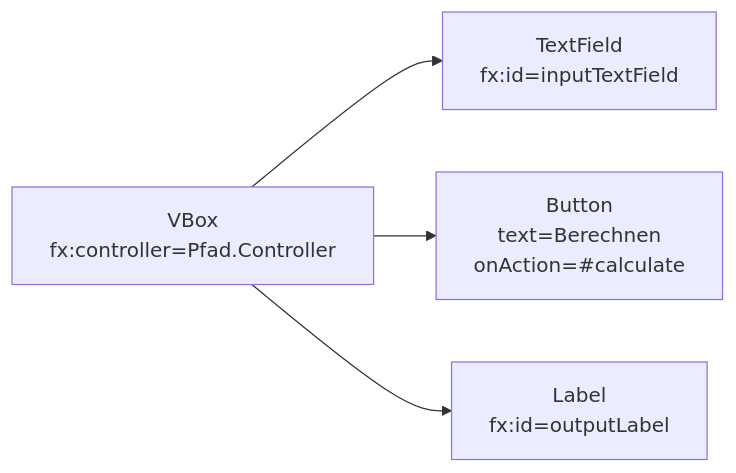
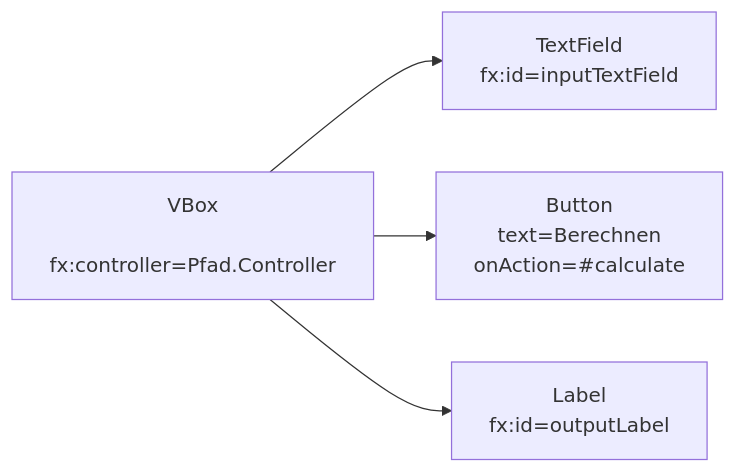
Before and after one commit to jappuccini/java-docs: the second of 2 diagrams in docs/exercises/javafx/javafx05.md, drawn with Mermaid. The commit also changed 64 other files, not shown here.

````diff
--- a/docs/exercises/javafx/javafx05.md
+++ b/docs/exercises/javafx/javafx05.md
@@ -53,11 +53,16 @@
 ```mermaid
 flowchart LR
-	vbox[VBox\nfx:controller=Pfad.Controller]
-	textfield[TextField\nfx:id=inputTextField]
-	button[Button\ntext=Berechnen\nonAction=#calculate]
-	label[Label\nfx:id=outputLabel]
+	vbox[VBox
+	     fx:controller=Pfad.Controller]
+	textfield[TextField
+	          fx:id=inputTextField]
+	button[Button
+	       text=Berechnen
+	       onAction=#calculate]
+	label[Label
+	      fx:id=outputLabel]
 
     vbox --> textfield
     vbox --> button
     vbox --> label
 ```
````
